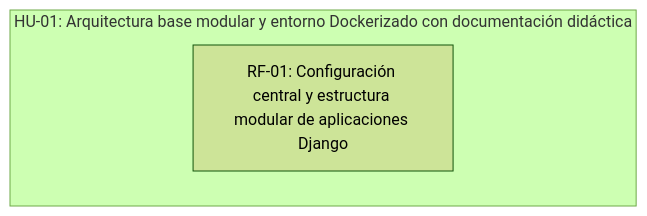
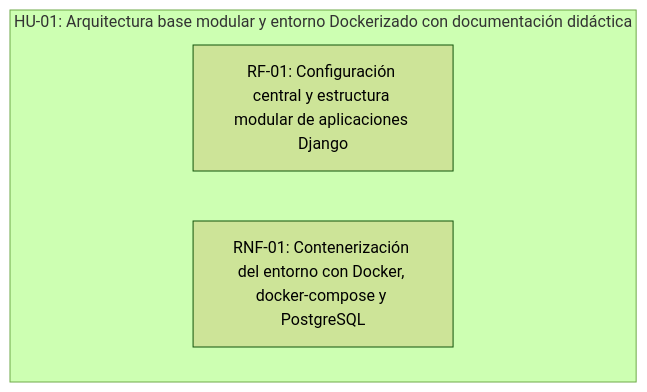
One commit to fiemcasals/Django changed the diagram in scrumDocs/grafo.md. Above: the diagram before and after it, drawn with Mermaid (forest theme). The commit also changed other lines of this file, not shown here.

````diff
--- a/scrumDocs/grafo.md
+++ b/scrumDocs/grafo.md
@@ -5,6 +5,7 @@
 ```mermaid
 graph TD
   subgraph US_1790269951533["HU-01: Arquitectura base modular y entorno Dockerizado con documentación didáctica"]
     REQ_1790271231287["RF-01: Configuración central y estructura modular de aplicaciones Django"]
+    REQ_1790271332189["RNF-01: Contenerización del entorno con Docker, docker-compose y PostgreSQL"]
   end
 ```
````
